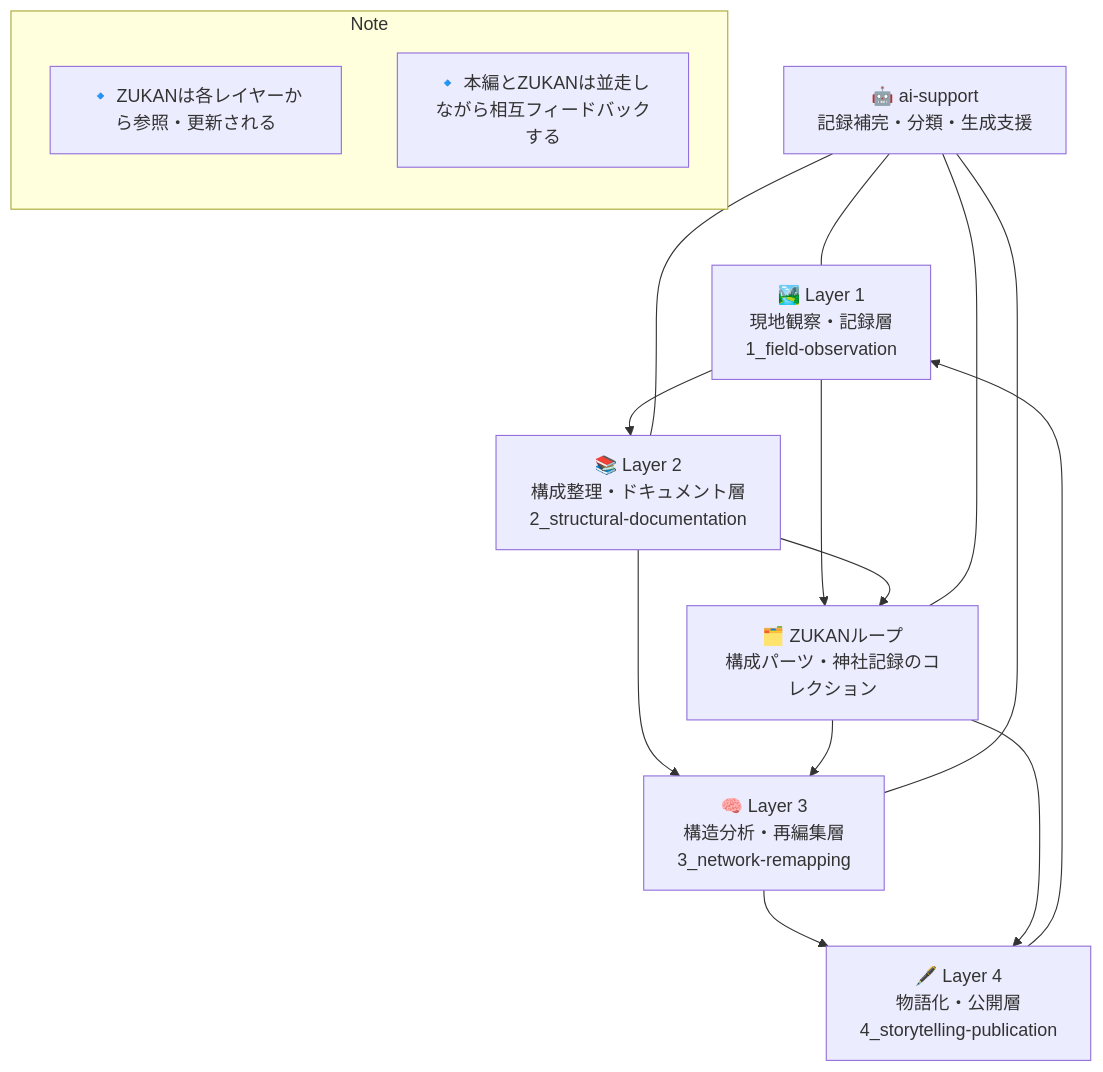
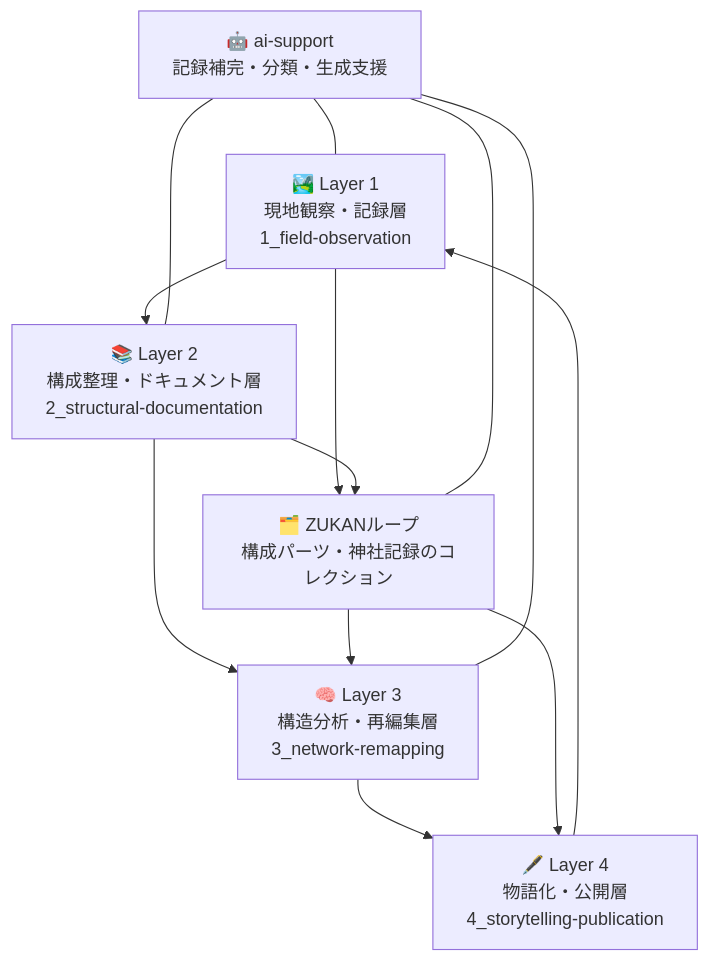
Before and after one commit to satoshi-create/complexity-and-network-webdesign: the diagram in ai-collaboration/shrine-fiction/README.md, drawn with Mermaid.

````diff
--- a/ai-collaboration/shrine-fiction/README.md
+++ b/ai-collaboration/shrine-fiction/README.md
@@ -1,34 +1,27 @@
 ```mermaid
 graph TD
 
 %% 本編の4層ループ
 L1[🏞️ Layer 1<br>現地観察・記録層<br>1_field-observation]
 L2[📚 Layer 2<br>構成整理・ドキュメント層<br>2_structural-documentation]
 L3[🧠 Layer 3<br>構造分析・再編集層<br>3_network-remapping]
 L4[🖋️ Layer 4<br>物語化・公開層<br>4_storytelling-publication]
 
 L1 --> L2 --> L3 --> L4 --> L1
 
 %% ZUKANとの関係
 ZK[🗂️ ZUKANループ<br>構成パーツ・神社記録のコレクション]
 
 L1 --> ZK
 L2 --> ZK
 ZK --> L3
 ZK --> L4
 
 %% AI支援
 AI[🤖 ai-support<br>記録補完・分類・生成支援]
 AI --- L1
 AI --- L2
 AI --- L3
 AI --- ZK
 
-%% 説明補足
-subgraph Note
-  direction TB
-  NK1[🔹 ZUKANは各レイヤーから参照・更新される]
-  NK2[🔹 本編とZUKANは並走しながら相互フィードバックする]
-end
-
 ```
````
